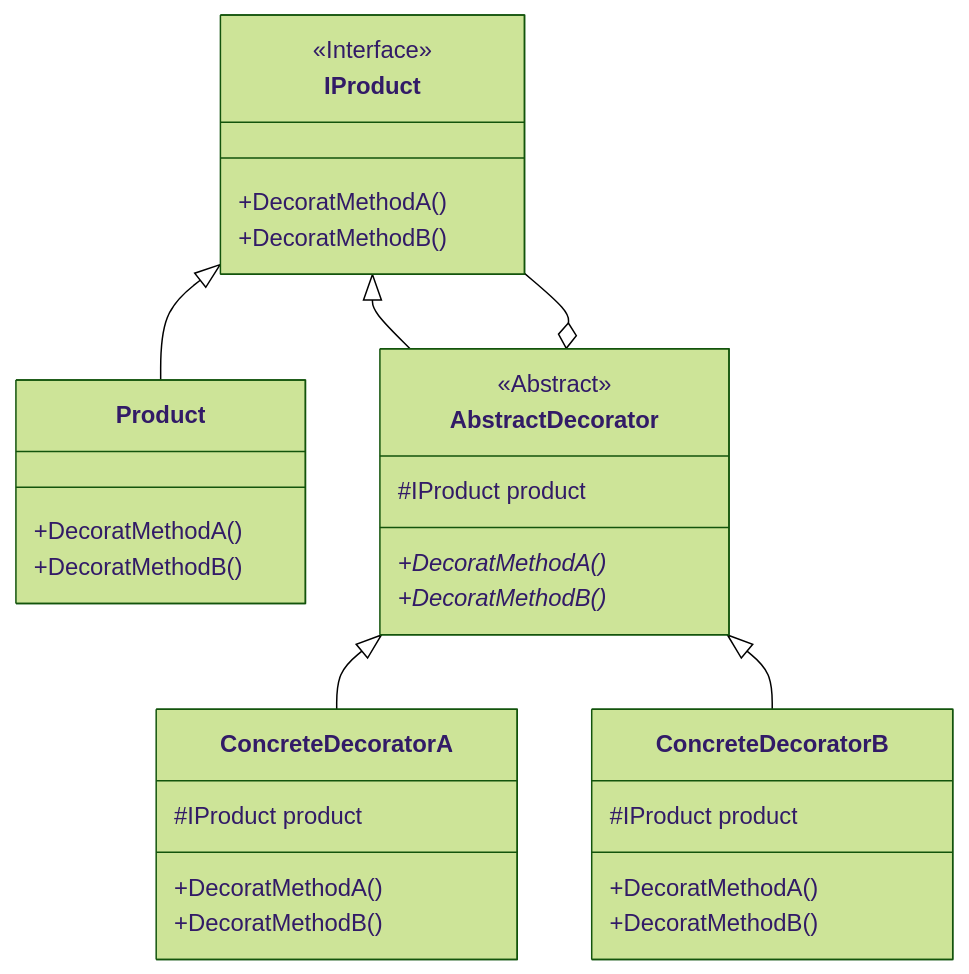
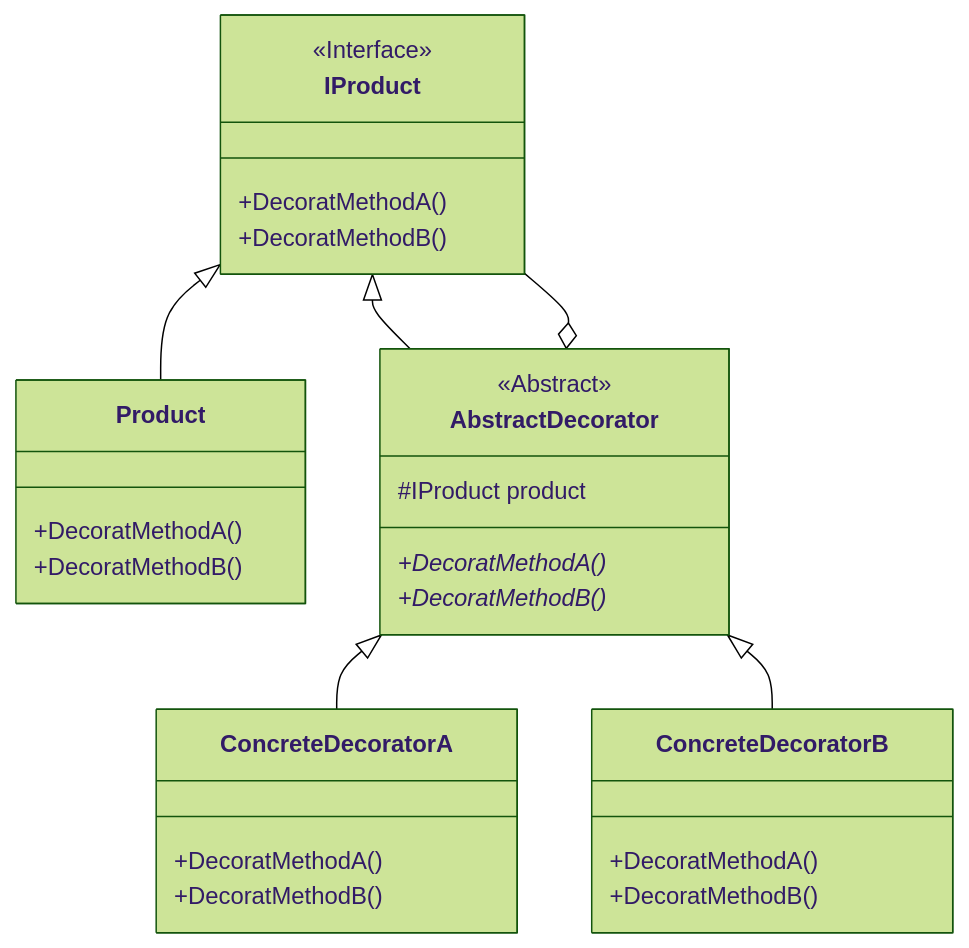
The diagram in _posts/2023-11-29-Decorator-Pattern.md (NedHsu/NedHsu.github.io), drawn with Mermaid (forest theme) before and after one commit.

Commit message:
Decorator

````diff
--- a/_posts/2023-11-29-Decorator-Pattern.md
+++ b/_posts/2023-11-29-Decorator-Pattern.md
@@ -15,33 +15,31 @@
 ```mermaid
 classDiagram
   IProduct <|-- Product
   IProduct <|-- AbstractDecorator
   IProduct --o AbstractDecorator
   AbstractDecorator <|-- ConcreteDecoratorA
   AbstractDecorator <|-- ConcreteDecoratorB
   class IProduct{
     <<Interface>>
     +DecoratMethodA()
     +DecoratMethodB()
   }
   class Product{
     +DecoratMethodA()
     +DecoratMethodB()
   }
   class AbstractDecorator{
     <<Abstract>>
     #IProduct product
     +DecoratMethodA()*
     +DecoratMethodB()*
   }
   class ConcreteDecoratorA{
-    #IProduct product
     +DecoratMethodA()
     +DecoratMethodB()
   }
   class ConcreteDecoratorB{
-    #IProduct product
     +DecoratMethodA()
     +DecoratMethodB()
   }
 ```
````
